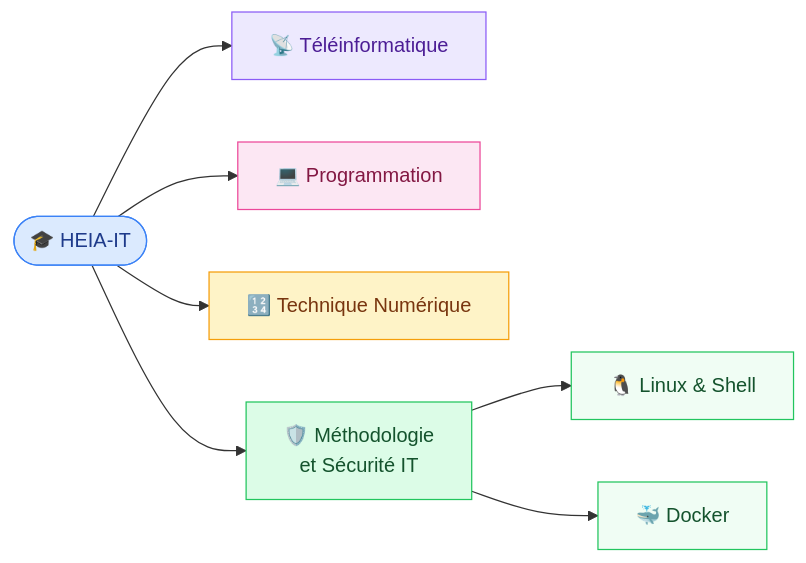
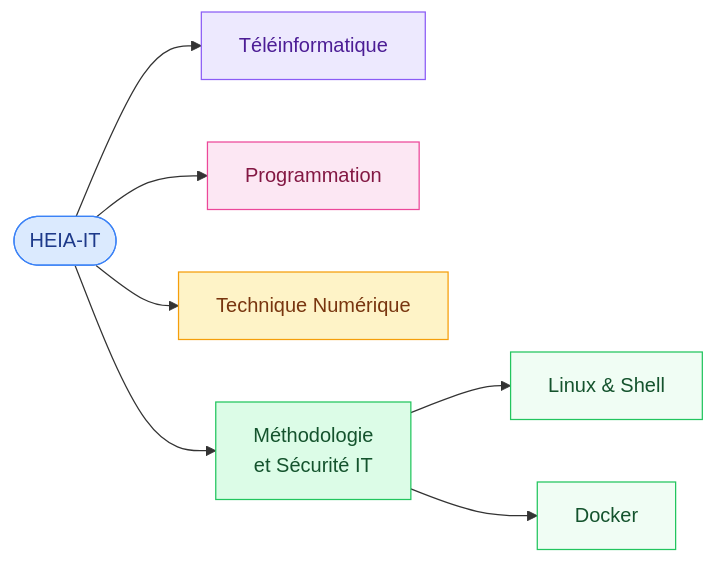
The diagram in README.md (GoobyWoobies/HEIA-IT), drawn with Mermaid before and after one commit. The commit also changed other lines of this file and 24 other files, not shown here.

````diff
--- a/README.md
+++ b/README.md
@@ -34,17 +34,17 @@
 ```mermaid
 flowchart LR
-    H(["🎓 HEIA-IT"]) --> T["📡 Téléinformatique"]
-    H --> P["💻 Programmation"]
-    H --> N["🔢 Technique Numérique"]
-    H --> M["🛡️ Méthodologie<br/>et Sécurité IT"]
-    M --> L["🐧 Linux & Shell"]
-    M --> D["🐳 Docker"]
+    H(["HEIA-IT"]) --> T["Téléinformatique"]
+    H --> P["Programmation"]
+    H --> N["Technique Numérique"]
+    H --> M["Méthodologie<br/>et Sécurité IT"]
+    M --> L["Linux & Shell"]
+    M --> D["Docker"]
 
     style H fill:#dbeafe,stroke:#3b82f6,color:#1e3a8a
     style T fill:#ede9fe,stroke:#8b5cf6,color:#4c1d95
     style P fill:#fce7f3,stroke:#ec4899,color:#831843
     style N fill:#fef3c7,stroke:#f59e0b,color:#78350f
     style M fill:#dcfce7,stroke:#22c55e,color:#14532d
     style L fill:#f0fdf4,stroke:#22c55e,color:#14532d
     style D fill:#f0fdf4,stroke:#22c55e,color:#14532d
 ```
````
